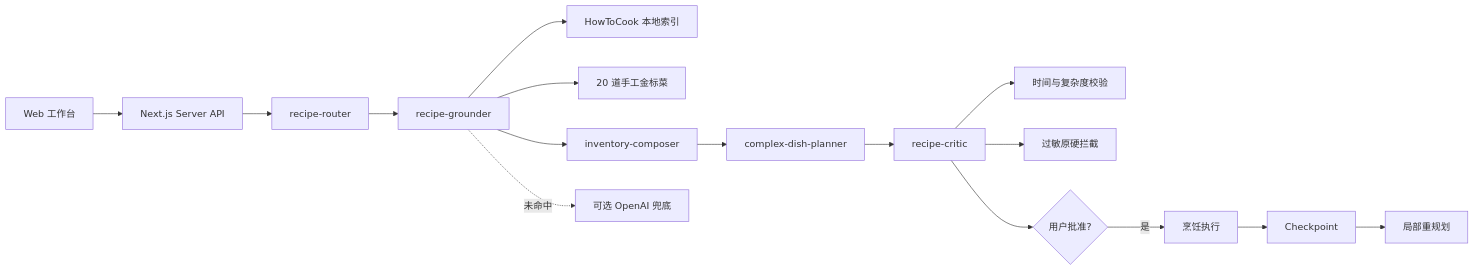
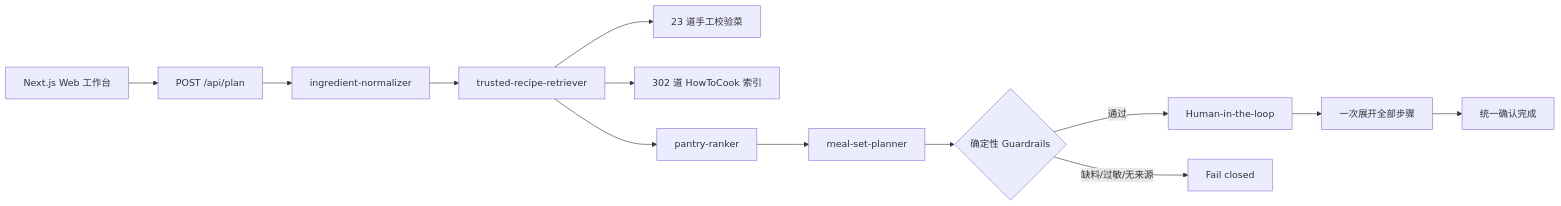
The diagram in README.md (HYP190524/daily_cooking), drawn with Mermaid before and after one commit. The commit also changed other lines of this file and 33 other files, not shown here.

Commit message:
refactor: rebuild trusted pantry planner

````diff
--- a/README.md
+++ b/README.md
@@ -17,18 +16,15 @@
 ```mermaid
 flowchart LR
-  UI[Web 工作台] --> API[Next.js Server API]
-  API --> Router[recipe-router]
-  Router --> Grounder[recipe-grounder]
-  Grounder --> Index[HowToCook 本地索引]
-  Grounder --> Gold[20 道手工金标菜]
-  Grounder --> Inventory[inventory-composer]
-  Inventory --> Complex[complex-dish-planner]
-  Complex --> Critic[recipe-critic]
-  Critic --> Time[时间与复杂度校验]
-  Critic --> Allergy[过敏原硬拦截]
-  Grounder -. 未命中 .-> Model[可选 OpenAI 兜底]
-  Critic --> Approval{用户批准?}
-  Approval -->|是| Cook[烹饪执行]
-  Cook --> Checkpoint[Checkpoint]
-  Checkpoint --> Replan[局部重规划]
+  UI[Next.js Web 工作台] --> API[POST /api/plan]
+  API --> Normalize[ingredient-normalizer]
+  Normalize --> Retrieve[trusted-recipe-retriever]
+  Retrieve --> Gold[23 道手工校验菜]
+  Retrieve --> HTC[302 道 HowToCook 索引]
+  Retrieve --> Rank[pantry-ranker]
+  Rank --> Meal[meal-set-planner]
+  Meal --> Guard{确定性 Guardrails}
+  Guard -->|通过| Approval[Human-in-the-loop]
+  Guard -->|缺料/过敏/无来源| Stop[Fail closed]
+  Approval --> Cook[一次展开全部步骤]
+  Cook --> Done[统一确认完成]
 ```
````
